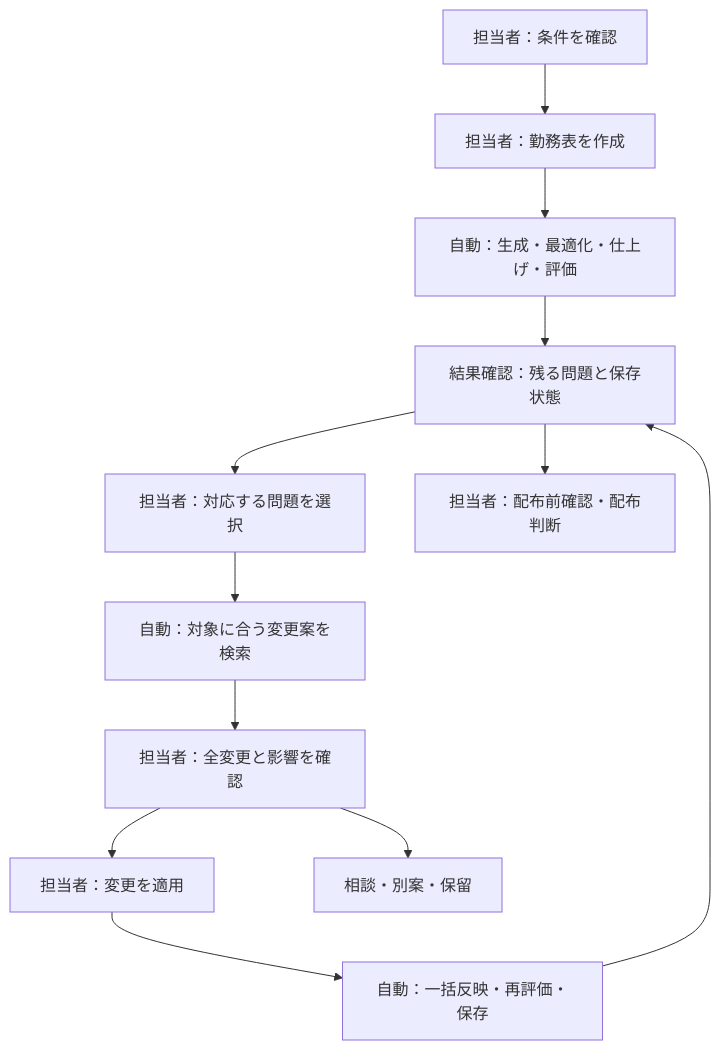
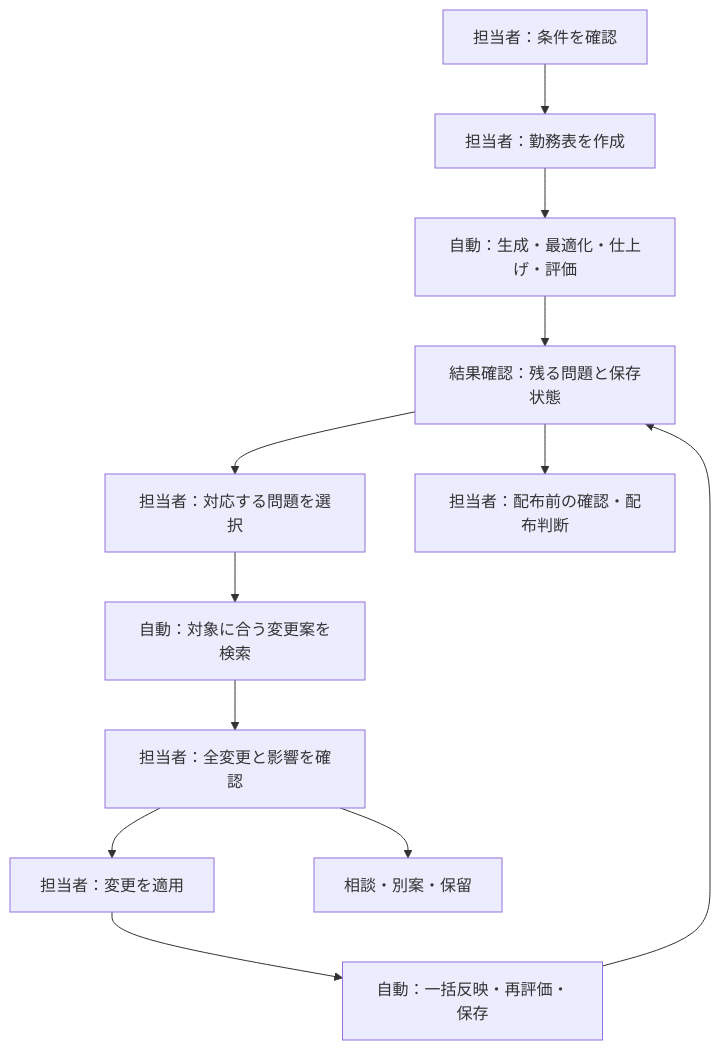
One commit to ichirocc/magi7ichiro-fork changed the diagram in docs/operator_ux.md. Above: the diagram before and after it, drawn with Mermaid. The commit also changed other lines of this file and 16 other files, not shown here.

````diff
--- a/docs/operator_ux.md
+++ b/docs/operator_ux.md
@@ -94,14 +96,14 @@
 ```mermaid
 flowchart TD
     A["担当者：条件を確認"] --> B["担当者：勤務表を作成"]
     B --> C["自動：生成・最適化・仕上げ・評価"]
     C --> D["結果確認：残る問題と保存状態"]
     D --> E["担当者：対応する問題を選択"]
     E --> F["自動：対象に合う変更案を検索"]
     F --> G["担当者：全変更と影響を確認"]
     G --> H["担当者：変更を適用"]
     G --> I["相談・別案・保留"]
     H --> J["自動：一括反映・再評価・保存"]
     J --> D
-    D --> K["担当者：配布前確認・配布判断"]
+    D --> K["担当者：配布前の確認・配布判断"]
 ```
````
